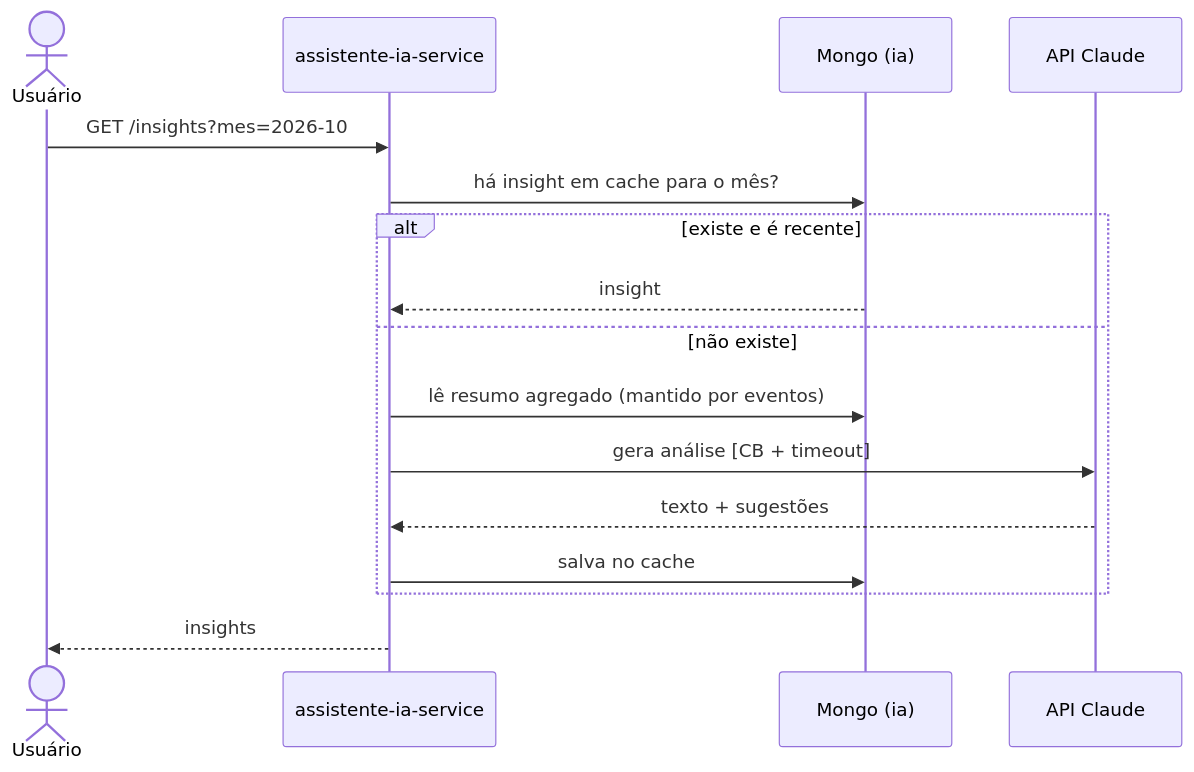
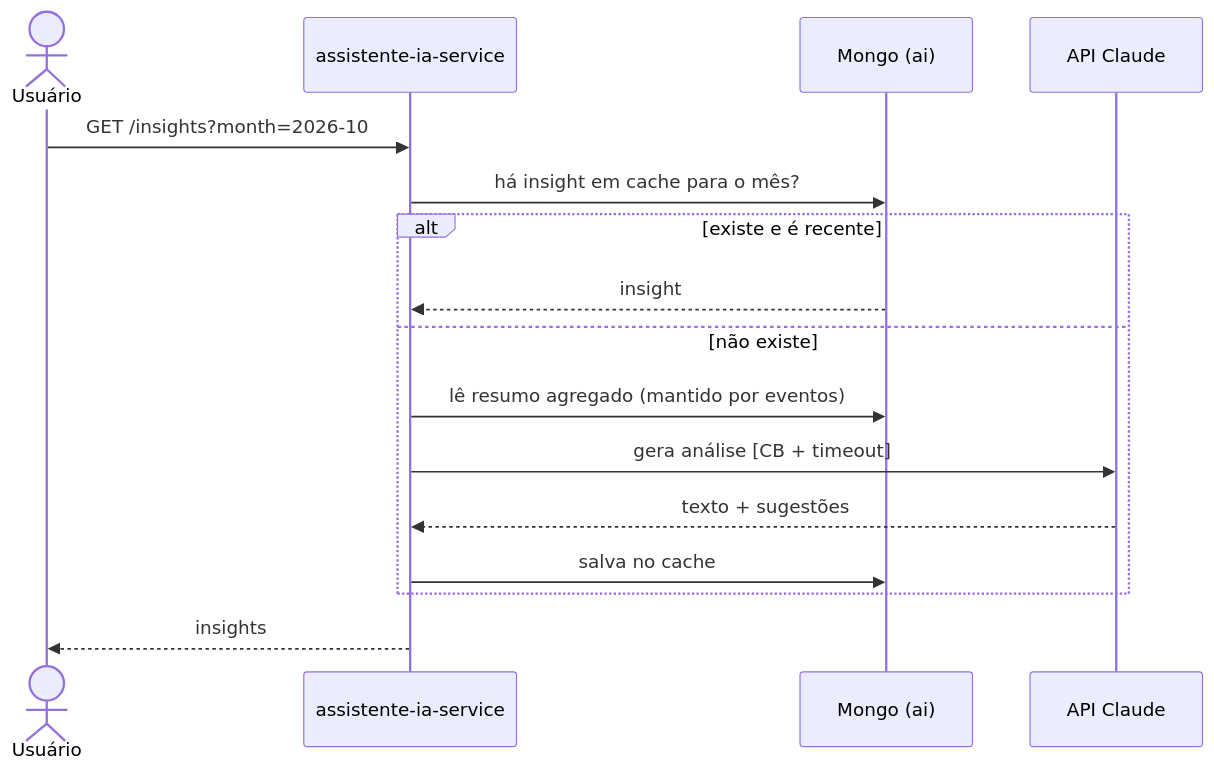
The eighth of 9 diagrams in docs/fluxos.md (DiiOliiver/finance-api), drawn with Mermaid before and after one commit. The commit also changed other lines of this file and 13 other files, not shown here.

````diff
--- a/docs/fluxos.md
+++ b/docs/fluxos.md
@@ -208,19 +208,19 @@
 ```mermaid
 sequenceDiagram
     actor U as Usuário
     participant IA as assistente-ia-service
-    participant DB as Mongo (ia)
+    participant DB as Mongo (ai)
     participant CL as API Claude
 
-    U->>IA: GET /insights?mes=2026-10
+    U->>IA: GET /insights?month=2026-10
     IA->>DB: há insight em cache para o mês?
     alt existe e é recente
         DB-->>IA: insight
     else não existe
         IA->>DB: lê resumo agregado (mantido por eventos)
         IA->>CL: gera análise [CB + timeout]
         CL-->>IA: texto + sugestões
         IA->>DB: salva no cache
     end
     IA-->>U: insights
 ```
````
